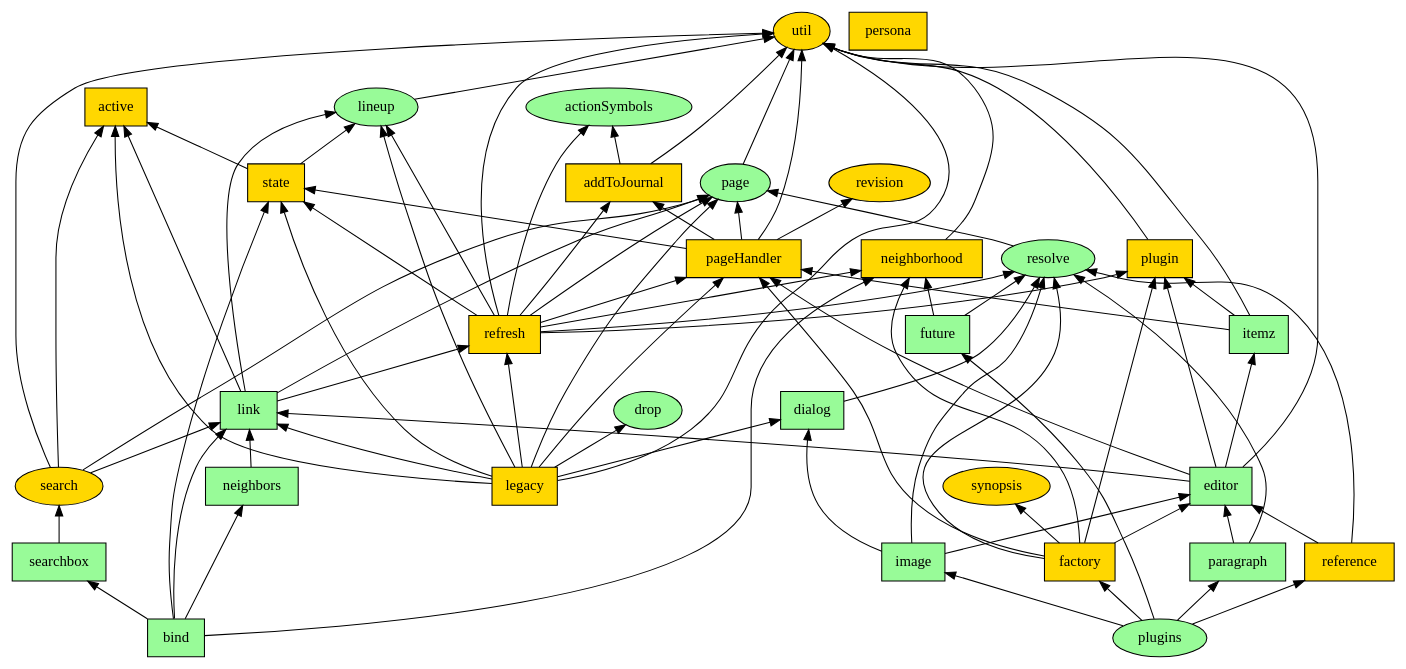
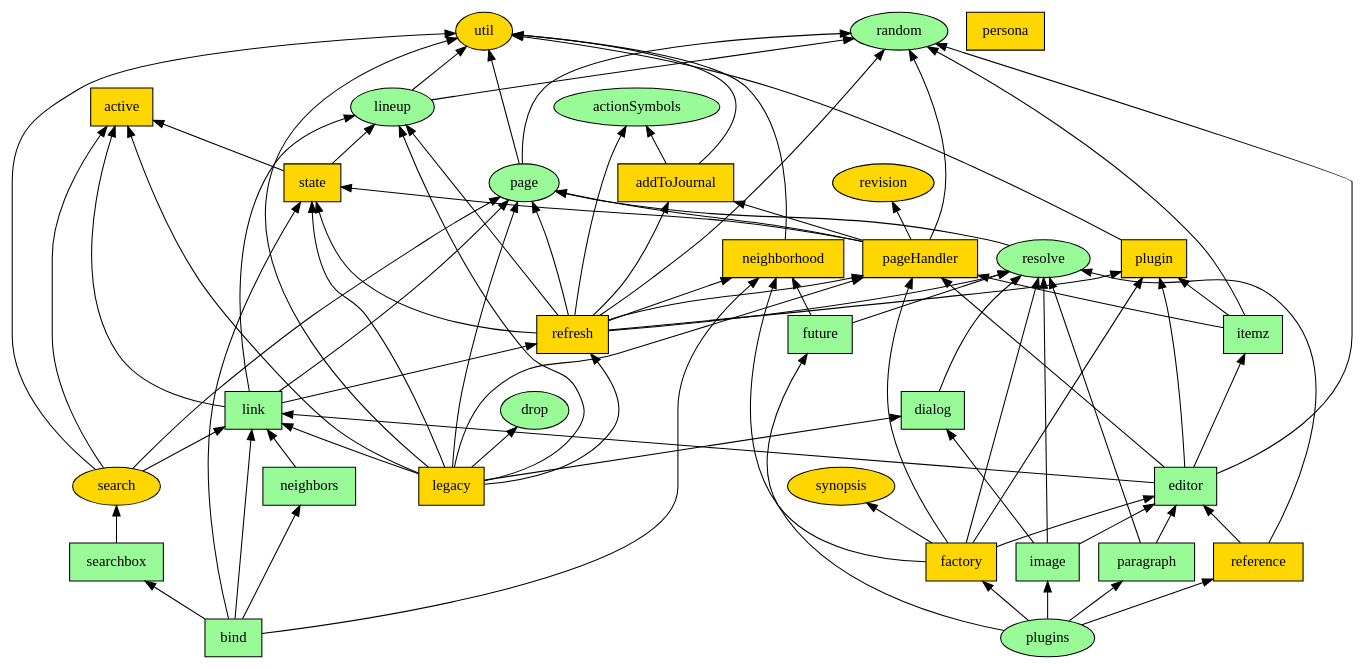
One commit to fedwiki/wiki-client changed the diagram in scripts/requires-graph.dot. Above: the diagram before and after it, drawn with Graphviz. The commit also changed 13 other files, not shown here.

Commit message:
extract random from util

```diff
--- a/scripts/requires-graph.dot
+++ b/scripts/requires-graph.dot
@@ -1,163 +1,167 @@
 digraph { node [style=filled];
 
 actionSymbols [fillcolor=paleGreen];
 
 active [fillcolor=gold];
 active [shape=box];
 
 addToJournal [fillcolor=gold];
 util -> addToJournal [dir=back];
 actionSymbols -> addToJournal [dir=back];
 addToJournal [shape=box];
 
 bind [fillcolor=paleGreen];
 neighborhood -> bind [dir=back];
 neighbors -> bind [dir=back];
 searchbox -> bind [dir=back];
 state -> bind [dir=back];
 link -> bind [dir=back];
 bind [shape=box];
 
 dialog [fillcolor=paleGreen];
 resolve -> dialog [dir=back];
 dialog [shape=box];
 
 drop [fillcolor=paleGreen];
 
 editor [fillcolor=paleGreen];
 plugin -> editor [dir=back];
 itemz -> editor [dir=back];
-util -> editor [dir=back];
 pageHandler -> editor [dir=back];
 link -> editor [dir=back];
+random -> editor [dir=back];
 editor [shape=box];
 
 factory [fillcolor=gold];
 neighborhood -> factory [dir=back];
 plugin -> factory [dir=back];
 resolve -> factory [dir=back];
 pageHandler -> factory [dir=back];
 editor -> factory [dir=back];
 synopsis -> factory [dir=back];
 factory [shape=box];
 
 future [fillcolor=paleGreen];
 resolve -> future [dir=back];
 neighborhood -> future [dir=back];
 future [shape=box];
 
 image [fillcolor=paleGreen];
 dialog -> image [dir=back];
 editor -> image [dir=back];
 resolve -> image [dir=back];
 image [shape=box];
 
 itemz [fillcolor=paleGreen];
 pageHandler -> itemz [dir=back];
-util -> itemz [dir=back];
 plugin -> itemz [dir=back];
+random -> itemz [dir=back];
 itemz [shape=box];
 
 legacy [fillcolor=gold];
 util -> legacy [dir=back];
 pageHandler -> legacy [dir=back];
 state -> legacy [dir=back];
 active -> legacy [dir=back];
 refresh -> legacy [dir=back];
 lineup -> legacy [dir=back];
 drop -> legacy [dir=back];
 dialog -> legacy [dir=back];
 link -> legacy [dir=back];
 page -> legacy [dir=back];
 legacy [shape=box];
 
 lineup [fillcolor=paleGreen];
 util -> lineup [dir=back];
+random -> lineup [dir=back];
 
 link [fillcolor=paleGreen];
 lineup -> link [dir=back];
 active -> link [dir=back];
 refresh -> link [dir=back];
 page -> link [dir=back];
 link [shape=box];
 
 neighborhood [fillcolor=gold];
 util -> neighborhood [dir=back];
 neighborhood [shape=box];
 
 neighbors [fillcolor=paleGreen];
 link -> neighbors [dir=back];
 neighbors [shape=box];
 
 page [fillcolor=paleGreen];
 util -> page [dir=back];
+random -> page [dir=back];
 
 pageHandler [fillcolor=gold];
-util -> pageHandler [dir=back];
 state -> pageHandler [dir=back];
 revision -> pageHandler [dir=back];
 addToJournal -> pageHandler [dir=back];
 page -> pageHandler [dir=back];
+random -> pageHandler [dir=back];
 pageHandler [shape=box];
 
 paragraph [fillcolor=paleGreen];
 editor -> paragraph [dir=back];
 resolve -> paragraph [dir=back];
 paragraph [shape=box];
 
 persona [fillcolor=gold];
 persona [shape=box];
 
 plugin [fillcolor=gold];
 util -> plugin [dir=back];
 plugin [shape=box];
 
 plugins [fillcolor=paleGreen];
 reference -> plugins [dir=back];
 factory -> plugins [dir=back];
 paragraph -> plugins [dir=back];
 image -> plugins [dir=back];
 future -> plugins [dir=back];
 
+random [fillcolor=paleGreen];
+
 reference [fillcolor=gold];
 editor -> reference [dir=back];
 resolve -> reference [dir=back];
 reference [shape=box];
 
 refresh [fillcolor=gold];
-util -> refresh [dir=back];
 pageHandler -> refresh [dir=back];
 plugin -> refresh [dir=back];
 state -> refresh [dir=back];
 neighborhood -> refresh [dir=back];
 addToJournal -> refresh [dir=back];
 actionSymbols -> refresh [dir=back];
 lineup -> refresh [dir=back];
 resolve -> refresh [dir=back];
+random -> refresh [dir=back];
 page -> refresh [dir=back];
 refresh [shape=box];
 
 resolve [fillcolor=paleGreen];
 page -> resolve [dir=back];
 
 revision [fillcolor=gold];
 
 search [fillcolor=gold];
 link -> search [dir=back];
 util -> search [dir=back];
 active -> search [dir=back];
 page -> search [dir=back];
 
 searchbox [fillcolor=paleGreen];
 search -> searchbox [dir=back];
 searchbox [shape=box];
 
 state [fillcolor=gold];
 active -> state [dir=back];
 lineup -> state [dir=back];
 state [shape=box];
 
 synopsis [fillcolor=gold];
 
 util [fillcolor=gold];
 }
```
